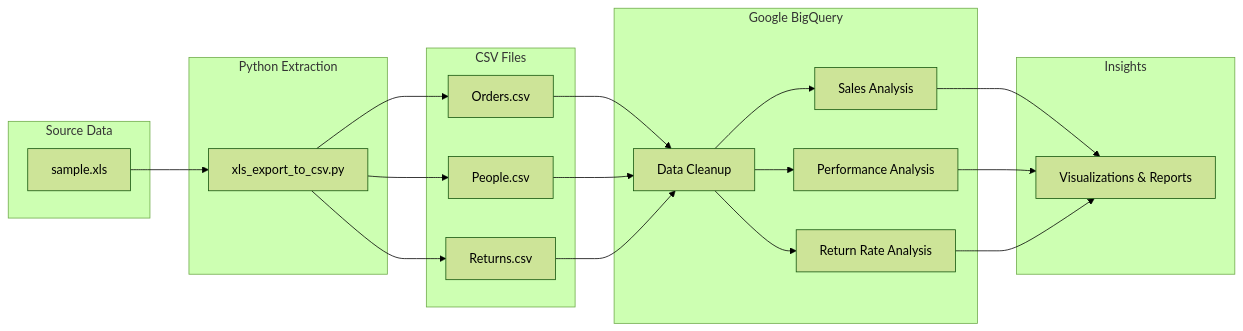
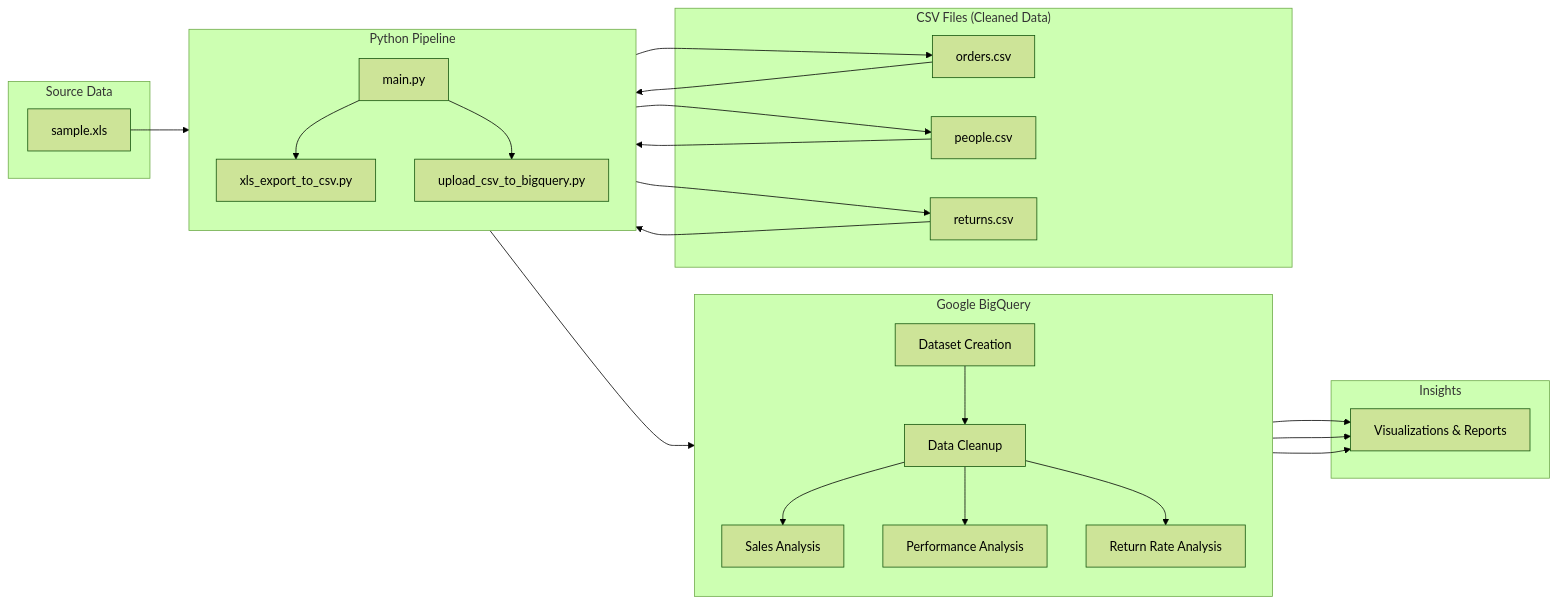
Before and after one commit to christianlew21/Datasets-Analysis-using-BigQuery: the diagram in README.md, drawn with Mermaid (forest theme). The commit also changed other lines of this file, not shown here.

Commit message:
feat: Enhance Python pipeline with automated BigQuery upload, column cleaning during CSV export, and new pipeline documentation.

````diff
--- a/README.md
+++ b/README.md
@@ -17,41 +17,50 @@
 ```mermaid
 flowchart LR
     subgraph Source["Source Data"]
         A["sample.xls"]
     end
     
-    subgraph Extract["Python Extraction"]
+    subgraph Python["Python Pipeline"]
+        direction TB
+        M["main.py"]
         B["xls_export_to_csv.py"]
+        U["upload_csv_to_bigquery.py"]
+        M --> B
+        M --> U
     end
     
-    subgraph CSVs["CSV Files"]
-        C1["Orders.csv"]
-        C2["People.csv"]
-        C3["Returns.csv"]
+    subgraph CSVs["CSV Files (Cleaned Data)"]
+        C1["orders.csv"]
+        C2["people.csv"]
+        C3["returns.csv"]
     end
     
     subgraph BQ["Google BigQuery"]
+        direction TB
+        D0["Dataset Creation"]
         D1["Data Cleanup"]
         D2["Sales Analysis"]
         D3["Performance Analysis"]
         D4["Return Rate Analysis"]
+        D0 --> D1
+        D1 --> D2
+        D1 --> D3
+        D1 --> D4
     end
     
     subgraph Output["Insights"]
         E["Visualizations & Reports"]
     end
     
     A --> B
     B --> C1
     B --> C2
     B --> C3
-    C1 --> D1
-    C2 --> D1
-    C3 --> D1
-    D1 --> D2
-    D1 --> D3
-    D1 --> D4
+    C1 --> U
+    C2 --> U
+    C3 --> U
+    U --> D0
     D2 --> E
     D3 --> E
     D4 --> E
 ```
````
